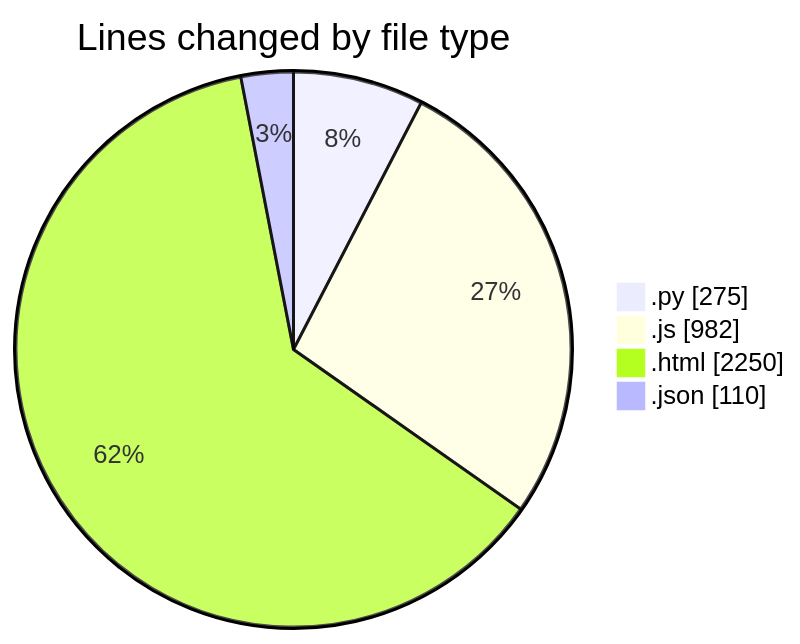
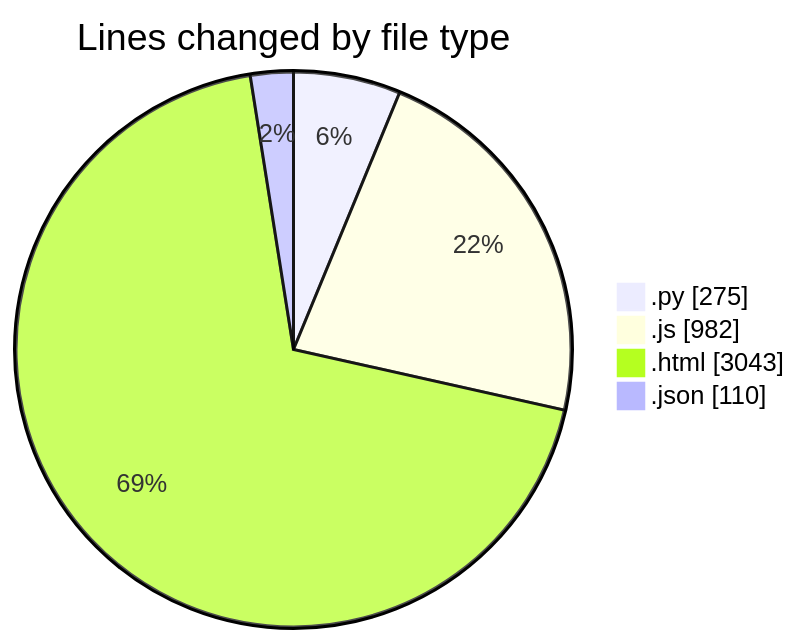
Before and after one commit to shibass792/code-tracking: the first of 2 diagrams in 2026-07-09/twenty_versions_aminor/README.md, drawn with Mermaid. The commit also changed other lines of this file and 1 other file, not shown here.

````diff
--- a/2026-07-09/twenty_versions_aminor/README.md
+++ b/2026-07-09/twenty_versions_aminor/README.md
@@ -27,8 +28,8 @@
 ```mermaid
 pie showData
 title Lines changed by file type
 ".py" : 275
 ".js" : 982
-".html" : 2250
+".html" : 3043
 ".json" : 110
 ```
````
